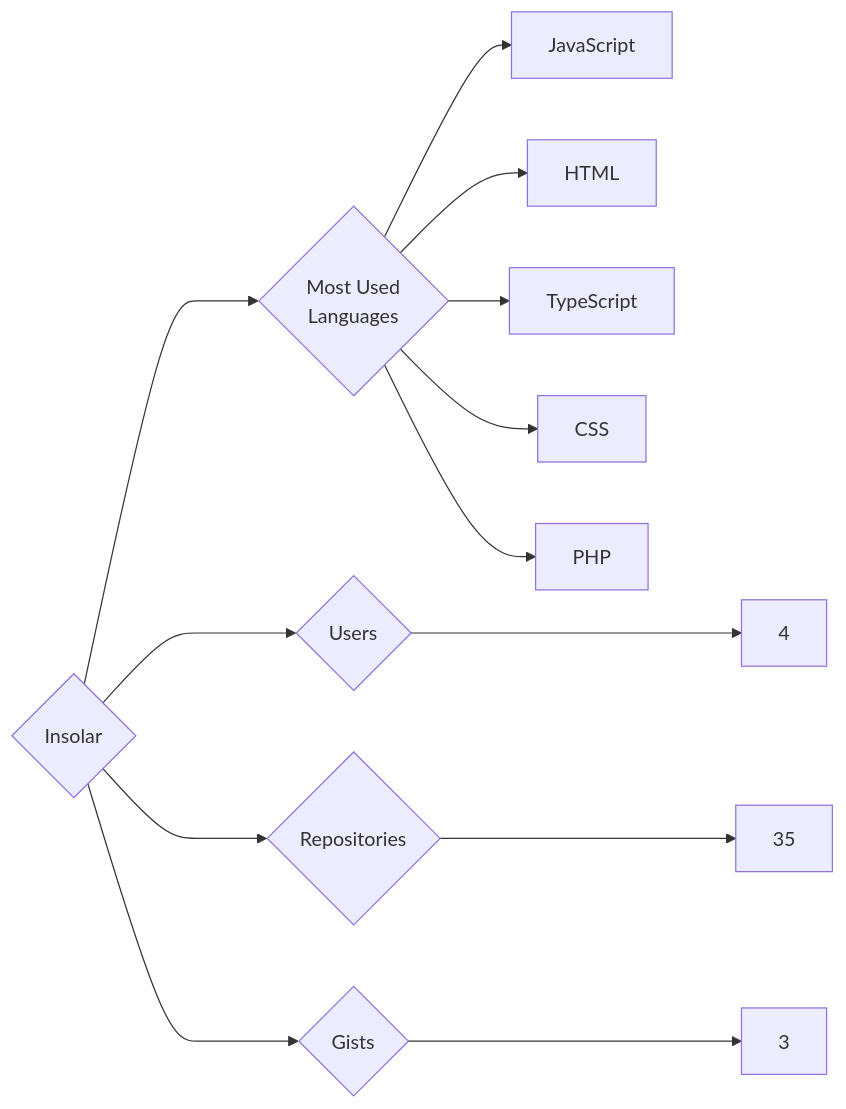
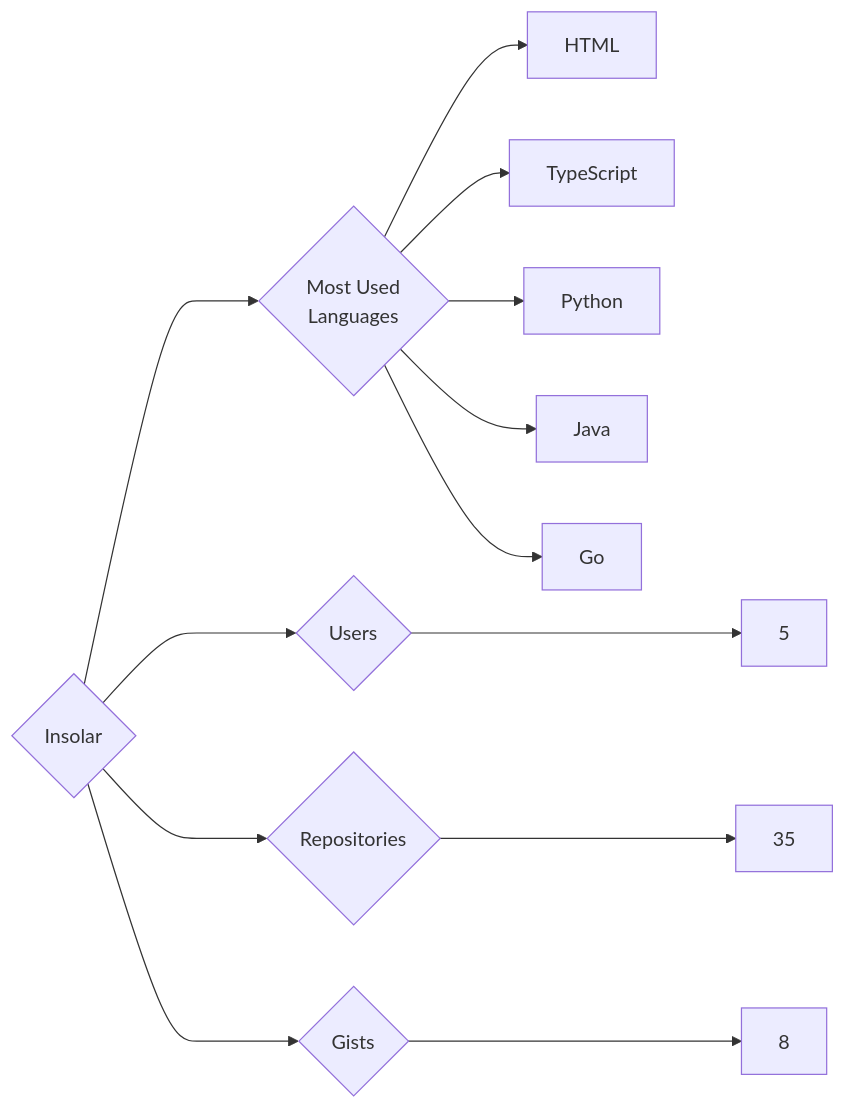
Before and after one commit to trickest/insiders: the diagram in targets/Insolar/README.md, drawn with Mermaid. The commit also changed 823 other files, not shown here.

````diff
--- a/targets/Insolar/README.md
+++ b/targets/Insolar/README.md
@@ -3,13 +3,13 @@
 ```mermaid
 graph LR
 COMPANY_NAME{Insolar}
-COMPANY_NAME ---> U{Users} ---> UN[4]
+COMPANY_NAME ---> U{Users} ---> UN[5]
 COMPANY_NAME ---> R{Repositories} ---> RN[35]
-COMPANY_NAME ---> G{Gists} ---> GN[3]
+COMPANY_NAME ---> G{Gists} ---> GN[8]
 COMPANY_NAME ---> ML{Most Used<br>Languages}
-ML --> JavaScript[JavaScript]
 ML --> HTML[HTML]
 ML --> TypeScript[TypeScript]
-ML --> CSS[CSS]
-ML --> PHP[PHP]
+ML --> Python[Python]
+ML --> Java[Java]
+ML --> Go[Go]
 ```
````
